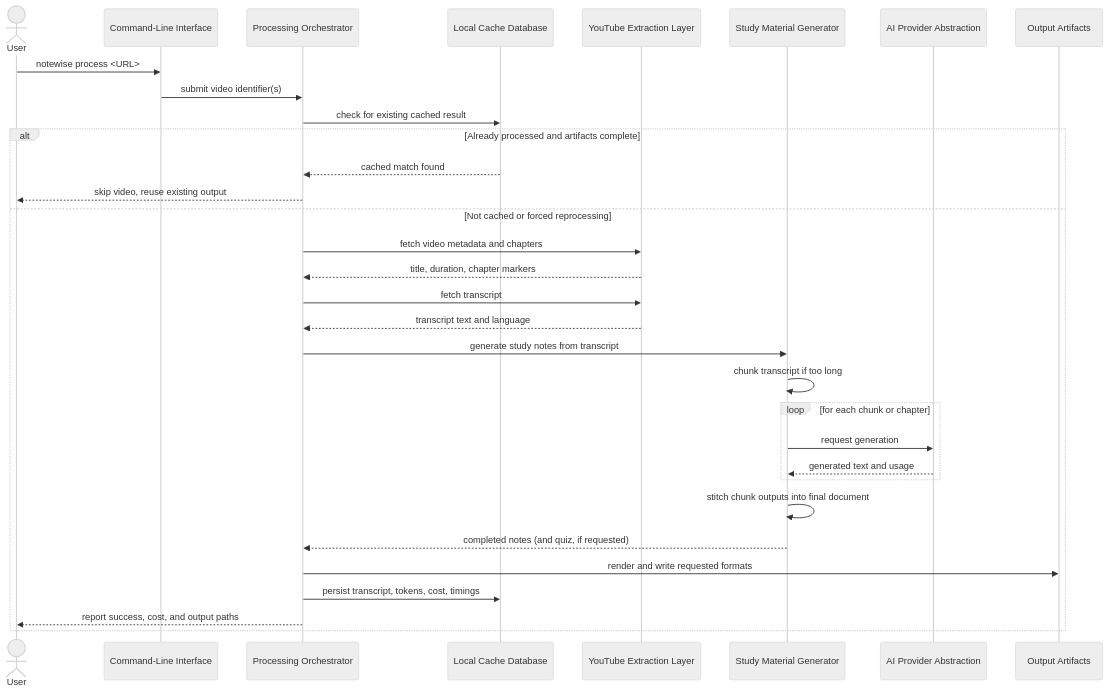
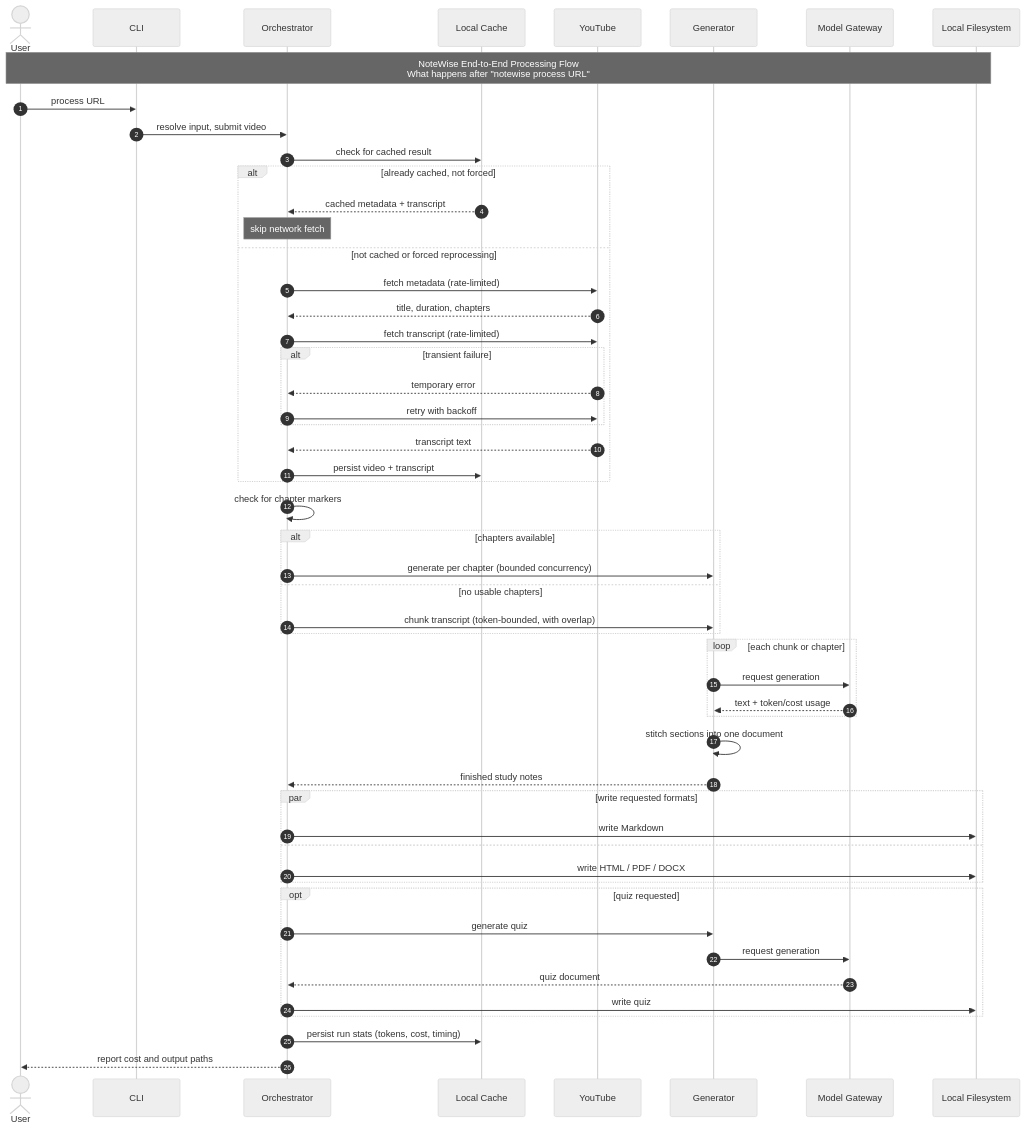
The diagram in architecture/diagrams/02-end-to-end-processing-flow.mmd (whoisjayd/notewise), drawn with Mermaid (neutral theme) before and after one commit. The commit also changed 14 other files, not shown here.

Commit message:
docs: rework architecture diagrams for clarity, color, and interview presentation

```diff
--- a/architecture/diagrams/02-end-to-end-processing-flow.mmd
+++ b/architecture/diagrams/02-end-to-end-processing-flow.mmd
@@ -1,33 +1,64 @@
 sequenceDiagram
+    autonumber
+
     actor User
-    participant CLI as Command-Line Interface
-    participant Pipeline as Processing Orchestrator
-    participant Cache as Local Cache Database
-    participant YouTube as YouTube Extraction Layer
-    participant Generator as Study Material Generator
-    participant Provider as AI Provider Abstraction
-    participant Disk as Output Artifacts
+    participant CLI
+    participant Orchestrator
+    participant Cache as Local Cache
+    participant YouTube
+    participant Generator
+    participant Gateway as Model Gateway
+    participant Disk as Local Filesystem
 
-    User->>CLI: notewise process <URL>
-    CLI->>Pipeline: submit video identifier(s)
-    Pipeline->>Cache: check for existing cached result
-    alt Already processed and artifacts complete
-        Cache-->>Pipeline: cached match found
-        Pipeline-->>User: skip video, reuse existing output
-    else Not cached or forced reprocessing
-        Pipeline->>YouTube: fetch video metadata and chapters
-        YouTube-->>Pipeline: title, duration, chapter markers
-        Pipeline->>YouTube: fetch transcript
-        YouTube-->>Pipeline: transcript text and language
-        Pipeline->>Generator: generate study notes from transcript
-        Generator->>Generator: chunk transcript if too long
-        loop for each chunk or chapter
-            Generator->>Provider: request generation
-            Provider-->>Generator: generated text and usage
+    Note over User,Disk: NoteWise End-to-End Processing Flow<br/>What happens after "notewise process URL"
+
+    User->>CLI: process URL
+    CLI->>Orchestrator: resolve input, submit video
+
+    Orchestrator->>Cache: check for cached result
+    alt already cached, not forced
+        Cache-->>Orchestrator: cached metadata + transcript
+        Note over Orchestrator: skip network fetch
+    else not cached or forced reprocessing
+        Orchestrator->>YouTube: fetch metadata (rate-limited)
+        YouTube-->>Orchestrator: title, duration, chapters
+        Orchestrator->>YouTube: fetch transcript (rate-limited)
+        alt transient failure
+            YouTube-->>Orchestrator: temporary error
+            Orchestrator->>YouTube: retry with backoff
         end
-        Generator->>Generator: stitch chunk outputs into final document
-        Generator-->>Pipeline: completed notes (and quiz, if requested)
-        Pipeline->>Disk: render and write requested formats
-        Pipeline->>Cache: persist transcript, tokens, cost, timings
-        Pipeline-->>User: report success, cost, and output paths
+        YouTube-->>Orchestrator: transcript text
+        Orchestrator->>Cache: persist video + transcript
     end
+
+    Orchestrator->>Orchestrator: check for chapter markers
+
+    alt chapters available
+        Orchestrator->>Generator: generate per chapter (bounded concurrency)
+    else no usable chapters
+        Orchestrator->>Generator: chunk transcript (token-bounded, with overlap)
+    end
+
+    loop each chunk or chapter
+        Generator->>Gateway: request generation
+        Gateway-->>Generator: text + token/cost usage
+    end
+
+    Generator->>Generator: stitch sections into one document
+    Generator-->>Orchestrator: finished study notes
+
+    par write requested formats
+        Orchestrator->>Disk: write Markdown
+    and
+        Orchestrator->>Disk: write HTML / PDF / DOCX
+    end
+
+    opt quiz requested
+        Orchestrator->>Generator: generate quiz
+        Generator->>Gateway: request generation
+        Gateway-->>Orchestrator: quiz document
+        Orchestrator->>Disk: write quiz
+    end
+
+    Orchestrator->>Cache: persist run stats (tokens, cost, timing)
+    Orchestrator-->>User: report cost and output paths
```
